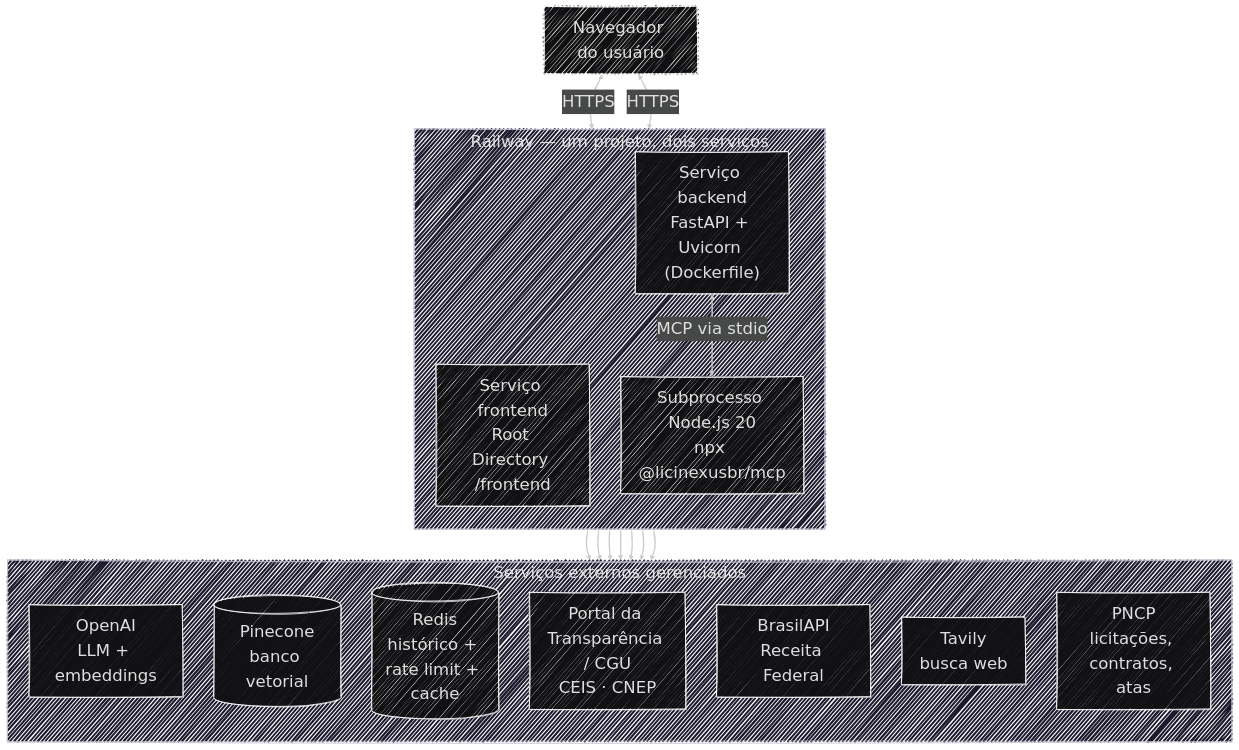
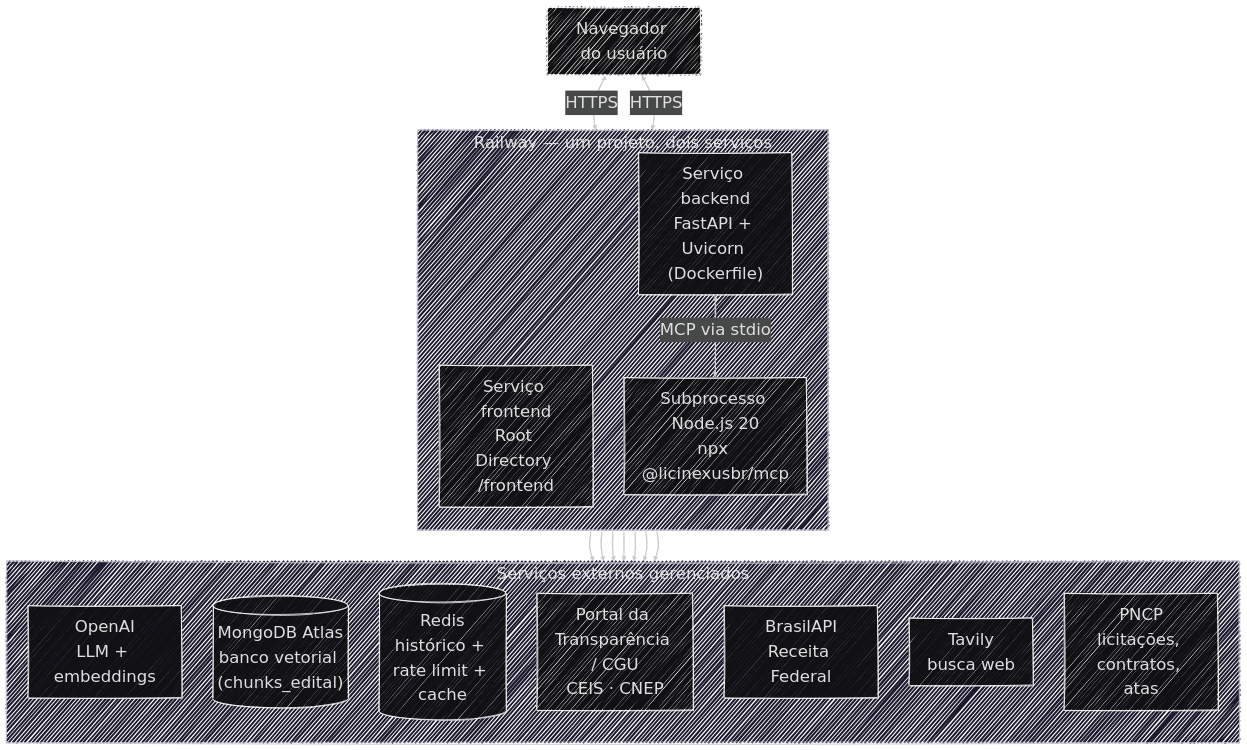
One commit to Moreira-89/auditor-cidadao changed the diagram in docs/operacional/index.md. Above: the diagram before and after it, drawn with Mermaid. The commit also changed other lines of this file and 53 other files, not shown here.

````diff
--- a/docs/operacional/index.md
+++ b/docs/operacional/index.md
@@ -12,34 +12,34 @@
 ```mermaid
 ---
 config:
   layout: dagre
   theme: redux-dark
   look: handDrawn
   fontFamily: '''Source Code Pro Variable'', monospace'
   themeVariables:
     fontFamily: '''Source Code Pro Variable'', monospace'
     fontSize: '28px'
 ---
 flowchart TB
  subgraph railway["Railway — um projeto, dois serviços"]
     direction TB
         front["Serviço frontend<br>Root Directory /frontend"]
         fastapi["Serviço backend<br>FastAPI + Uvicorn (Dockerfile)"]
         mcp["Subprocesso Node.js 20<br>npx @licinexusbr/mcp"]
   end
  subgraph external["Serviços externos gerenciados"]
     direction TB
         openai["OpenAI<br>LLM + embeddings"]
-        pinecone[("Pinecone<br>banco vetorial")]
+        mongo[("MongoDB Atlas<br>banco vetorial (chunks_edital)")]
         redis[("Redis<br>histórico + rate limit + cache")]
         cgu["Portal da Transparência / CGU<br>CEIS · CNEP"]
         receita["BrasilAPI<br>Receita Federal"]
         tavily["Tavily<br>busca web"]
         pncp["PNCP<br>licitações, contratos, atas"]
   end
     fastapi <-- MCP via stdio --> mcp
     browser["Navegador do usuário"] <-- HTTPS --> front
     browser <-- HTTPS --> fastapi
-    fastapi --> openai & pinecone & redis & cgu & receita & tavily
+    fastapi --> openai & mongo & redis & cgu & receita & tavily
     mcp --> pncp
 ```
````
